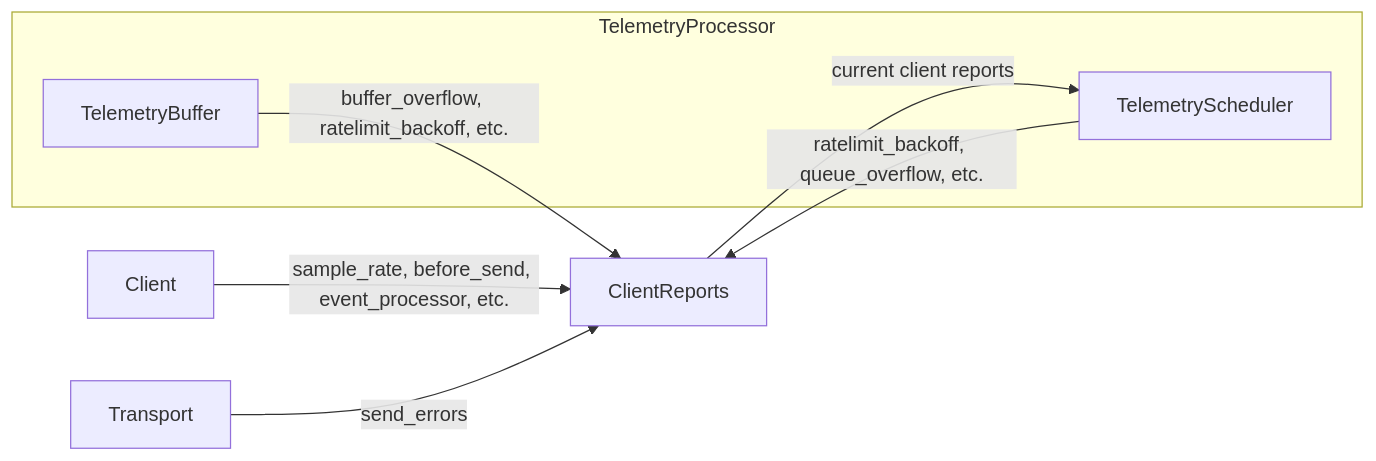
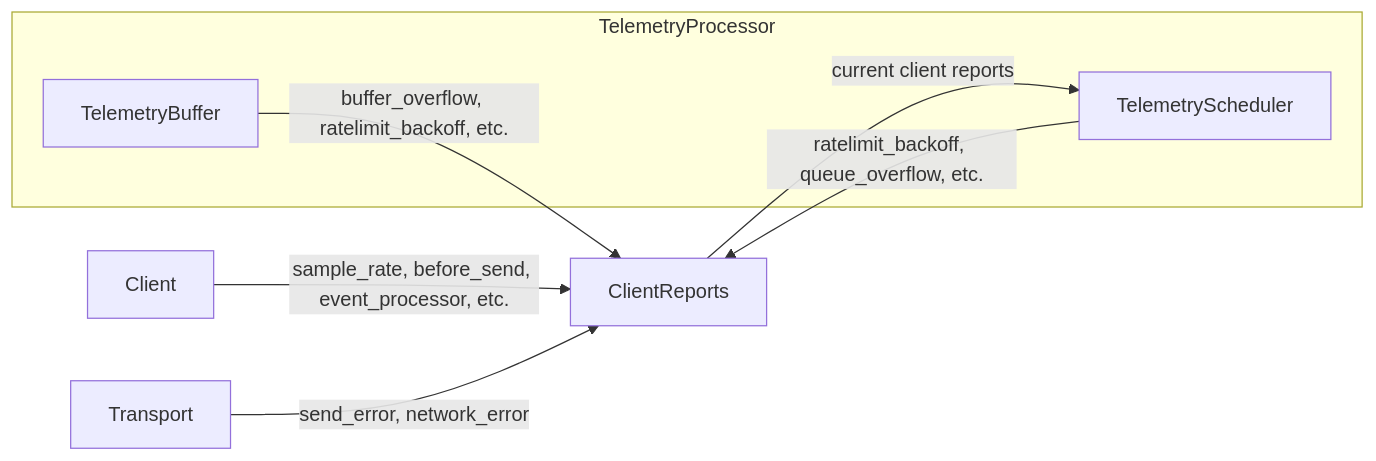
The third of 3 diagrams in develop-docs/sdk/telemetry/telemetry-processor/index.mdx (getsentry/sentry-docs), drawn with Mermaid before and after one commit. The commit also changed other lines of this file and 1 other file, not shown here.

````diff
--- a/develop-docs/sdk/telemetry/telemetry-processor/index.mdx
+++ b/develop-docs/sdk/telemetry/telemetry-processor/index.mdx
@@ -127,15 +127,15 @@
 ```mermaid
 flowchart LR
   ClientReports["ClientReports"]
   Client -- sample_rate, before_send, event_processor, etc. --> ClientReports
 
   subgraph TelemetryProcessor
     TelemetryBuffer
     TelemetryScheduler
   end
 
   TelemetryBuffer -- buffer_overflow, ratelimit_backoff, etc. --> ClientReports
   TelemetryScheduler -- ratelimit_backoff, queue_overflow, etc. --> ClientReports
-  Transport -- send_errors --> ClientReports
+  Transport -- send_error, network_error --> ClientReports
   ClientReports -- current client reports --> TelemetryScheduler
 ```
````
